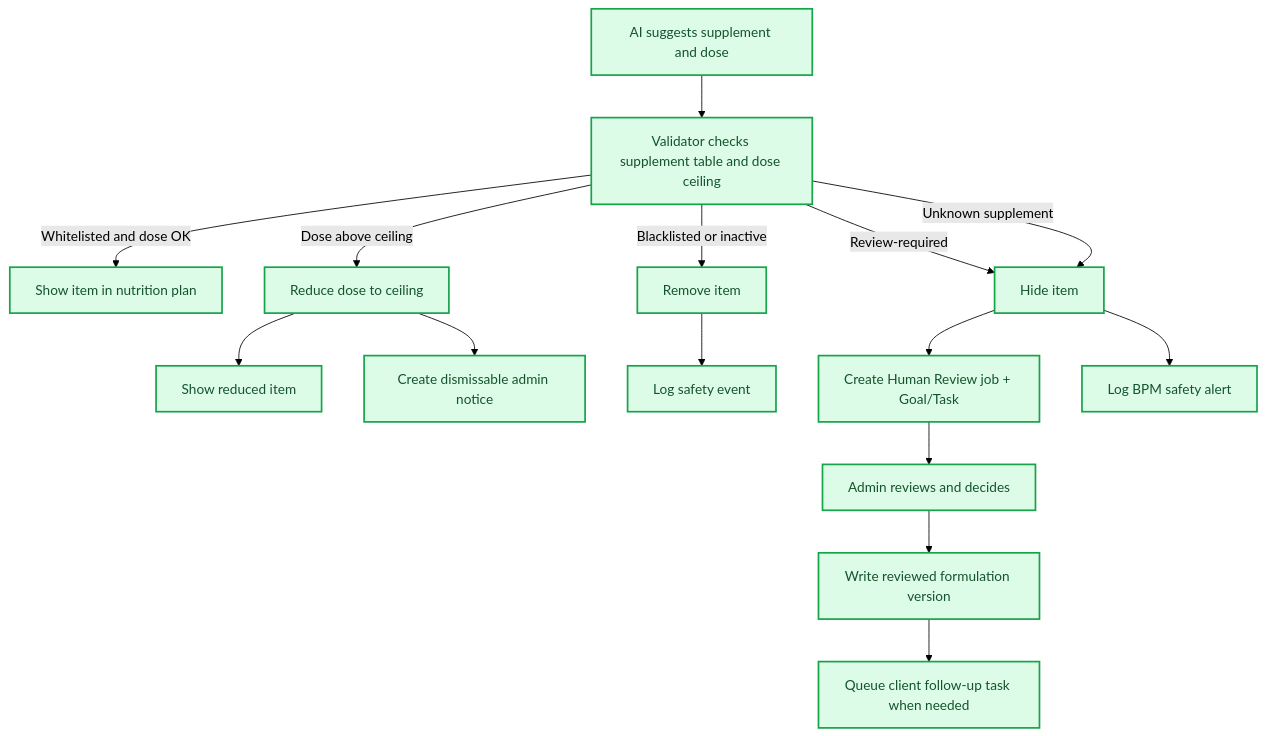
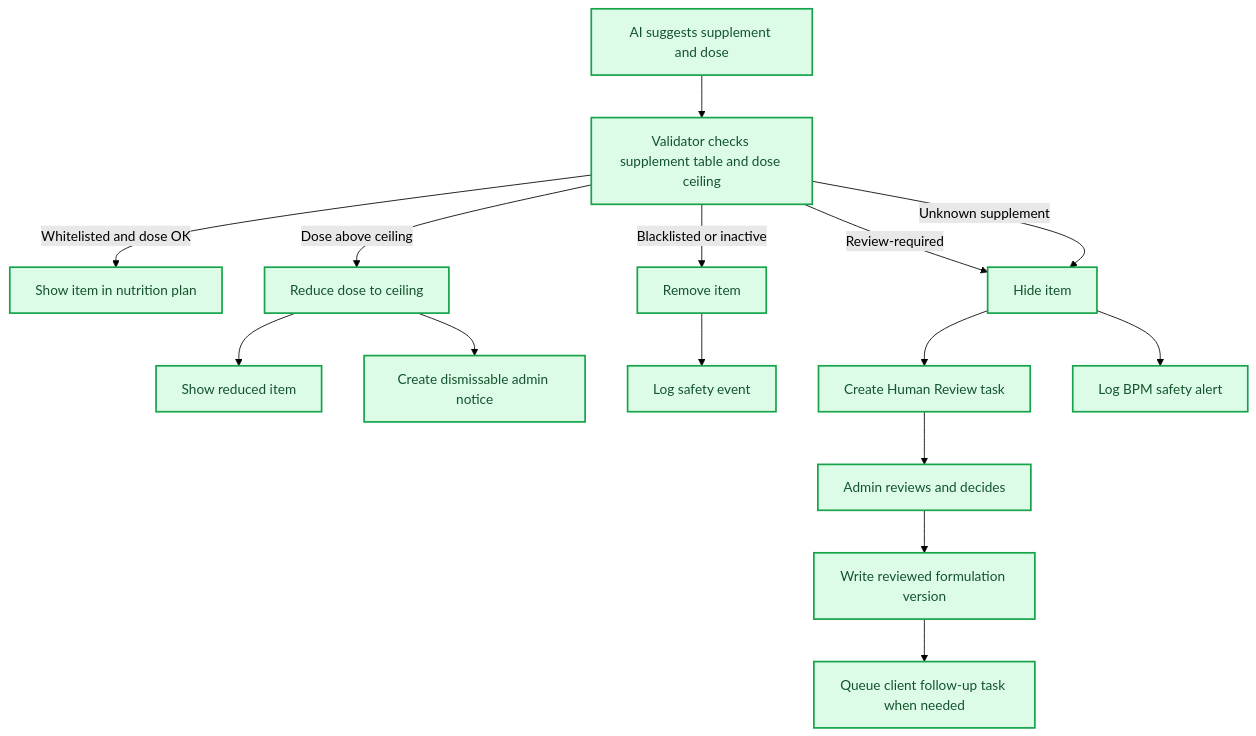
Before and after one commit to ni33les/healthspan-ui: the second of 2 diagrams in docs/business_blueprint.md, drawn with Mermaid (forest theme). The commit also changed other lines of this file and 44 other files, not shown here.

````diff
--- a/docs/business_blueprint.md
+++ b/docs/business_blueprint.md
@@ -283,23 +281,23 @@
 ```mermaid
 flowchart TB
   A["AI suggests supplement and dose"] --> B["Validator checks supplement table and dose ceiling"]
   B -->|Whitelisted and dose OK| C["Show item in nutrition plan"]
   B -->|Dose above ceiling| D["Reduce dose to ceiling"]
   D --> E["Show reduced item"]
   D --> F["Create dismissable admin notice"]
   B -->|Blacklisted or inactive| G["Remove item"]
   G --> H["Log safety event"]
   B -->|Review-required| I["Hide item"]
   B -->|Unknown supplement| I
-  I --> J["Create Human Review job + Goal/Task"]
+  I --> J["Create Human Review task"]
   I --> K["Log BPM safety alert"]
   J --> L["Admin reviews and decides"]
   L --> M["Write reviewed formulation version"]
   M --> N["Queue client follow-up task when needed"]
 
   classDef done fill:#dcfce7,stroke:#16a34a,color:#14532d,stroke-width:2px;
   classDef partial fill:#fef3c7,stroke:#d97706,color:#78350f,stroke-width:2px;
   classDef todo fill:#ffffff,stroke:#94a3b8,color:#334155,stroke-width:1px;
 
   class A,B,C,D,E,F,G,H,I,J,K,L,M,N done;
 ```
````
